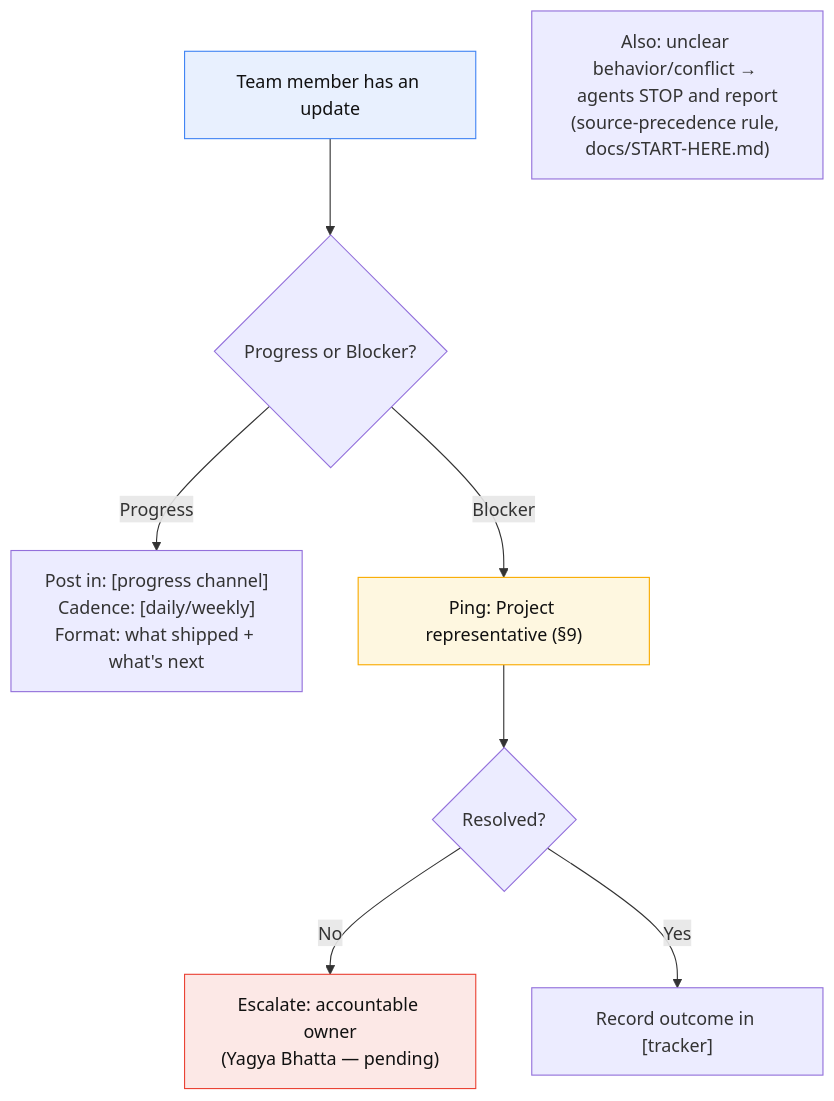
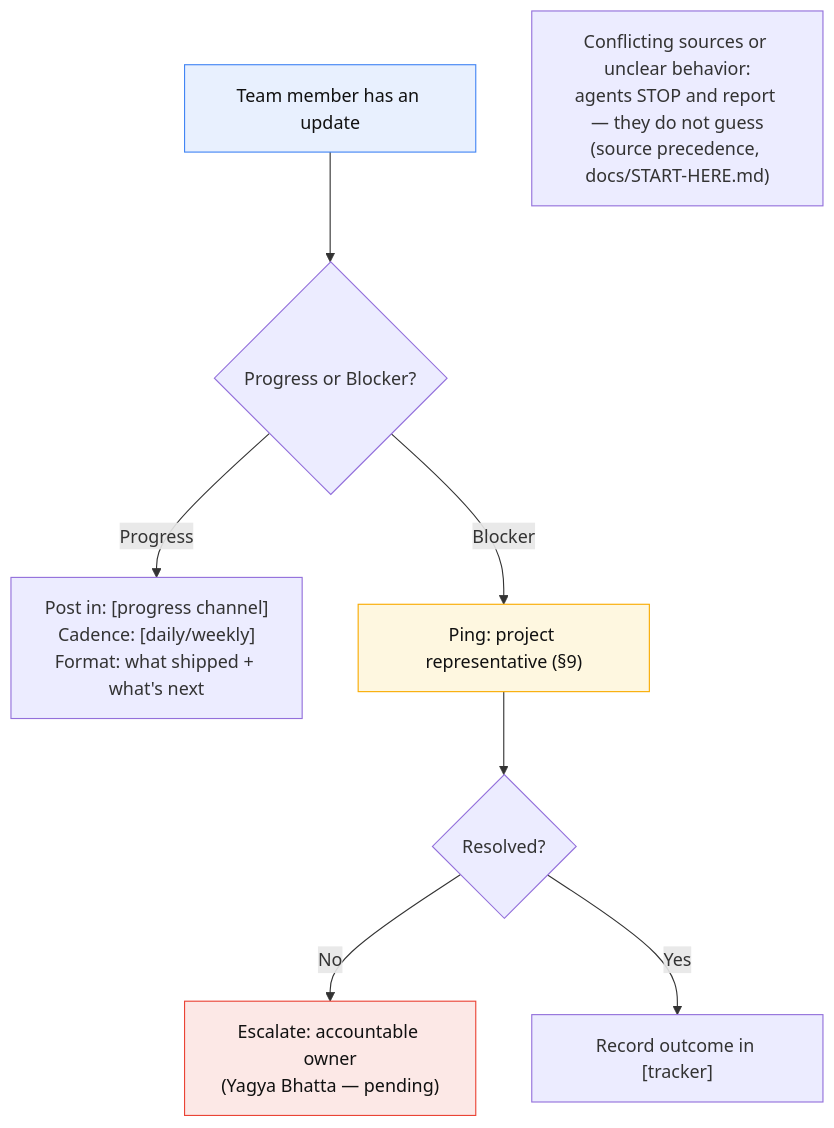
The tenth of 11 diagrams in docs/onboarding/first-session.md (lfyagya/AI-Agentic-Test-Development), drawn with Mermaid before and after one commit. The commit also changed other lines of this file, not shown here.

````diff
--- a/docs/onboarding/first-session.md
+++ b/docs/onboarding/first-session.md
@@ -201,16 +229,15 @@
 ```mermaid
 flowchart TD
     M["Team member has an update"]
     M --> PR{"Progress or Blocker?"}
     PR -- Progress --> Prog["Post in: [progress channel]<br/>Cadence: [daily/weekly]<br/>Format: what shipped + what's next"]
-    PR -- Blocker --> Rep["Ping: Project representative (§9)"]
+    PR -- Blocker --> Rep["Ping: project representative (§9)"]
     Rep --> Esc{"Resolved?"}
     Esc -- No --> Owner["Escalate: accountable owner<br/>(Yagya Bhatta — pending)"]
     Esc -- Yes --> Done["Record outcome in [tracker]"]
-
-    Note["Also: unclear behavior/conflict → agents STOP and report<br/>(source-precedence rule, docs/START-HERE.md)"]
+    Note["Conflicting sources or unclear behavior:<br/>agents STOP and report — they do not guess<br/>(source precedence, docs/START-HERE.md)"]
 
     style M fill:#e8f0fe,stroke:#4285f4,color:#111
     style Rep fill:#fef7e0,stroke:#f9ab00,color:#111
     style Owner fill:#fce8e6,stroke:#ea4335,color:#111
 ```
````
